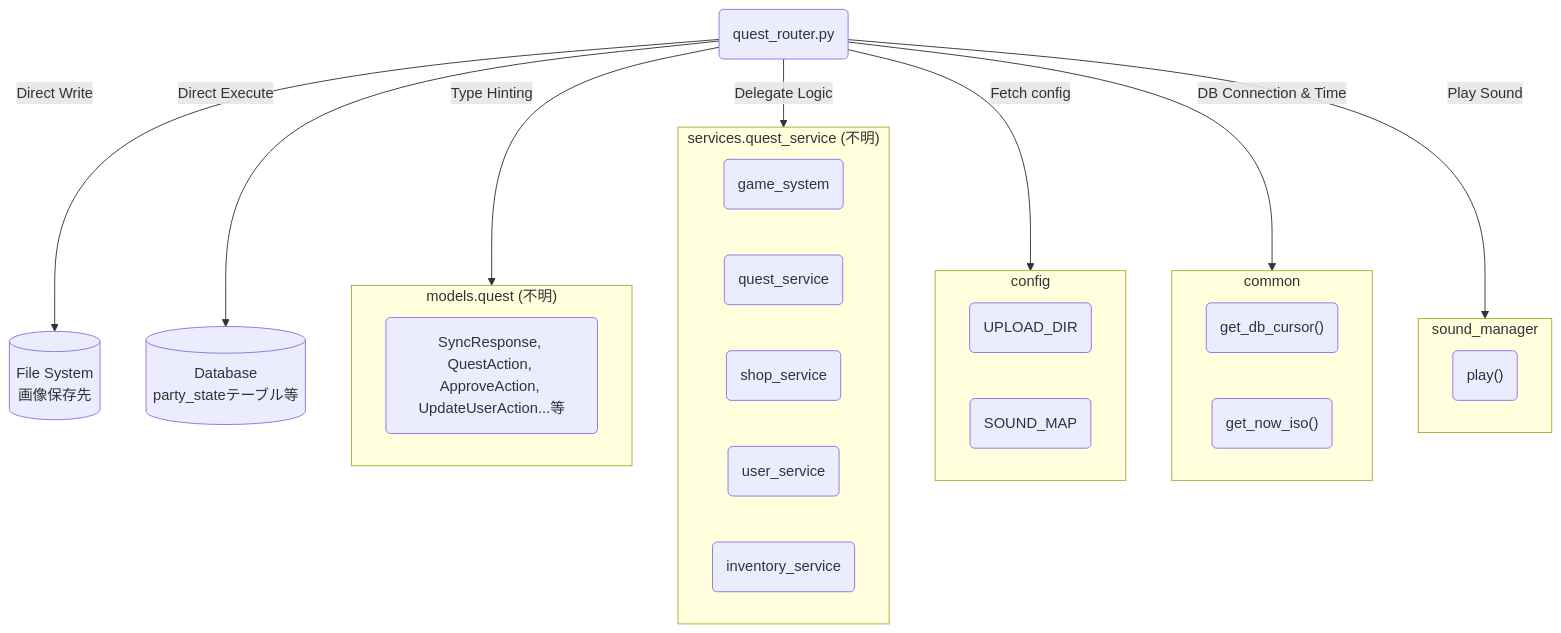
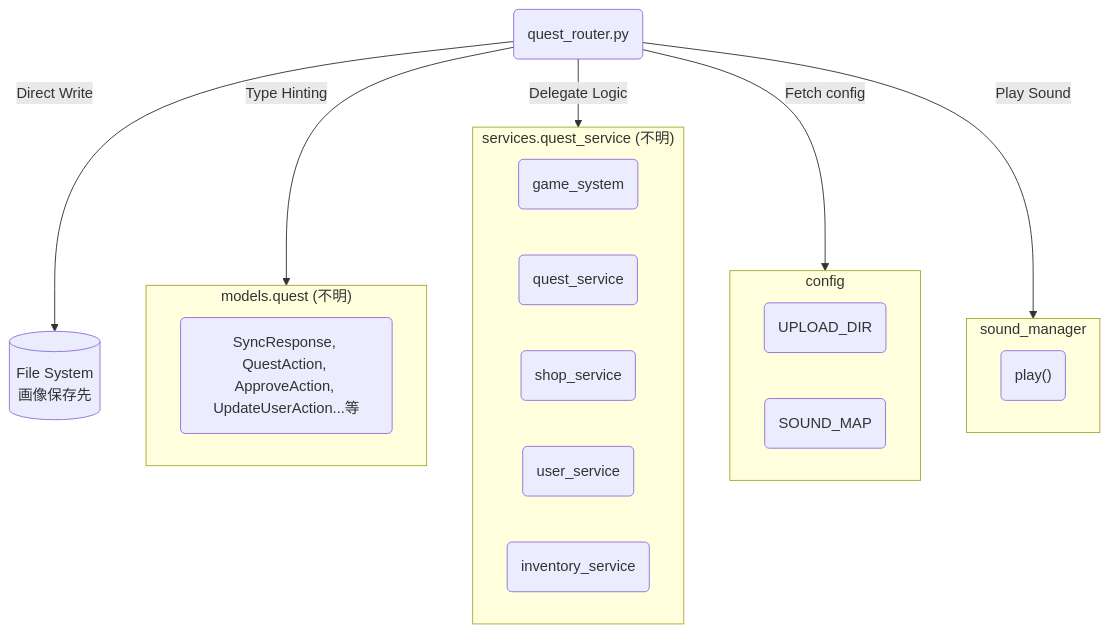
The second of 2 diagrams in docs/specifications/MY_HOME_SYSTEM/quest_router.md (mmtigers/my_python_project), drawn with Mermaid before and after one commit. The commit also changed other lines of this file and 3 other files, not shown here.

````diff
--- a/docs/specifications/MY_HOME_SYSTEM/quest_router.md
+++ b/docs/specifications/MY_HOME_SYSTEM/quest_router.md
@@ -689,50 +523,39 @@
 ```mermaid
 graph TD
     Router("quest_router.py")
 
     %% Models
     subgraph Models ["models.quest (不明)"]
         M1("SyncResponse, QuestAction, <br>ApproveAction, UpdateUserAction...等")
     end
 
     %% Services
     subgraph Services ["services.quest_service (不明)"]
         S1("game_system")
         S2("quest_service")
         S3("shop_service")
         S4("user_service")
         S5("inventory_service")
     end
 
-    %% External Modules
-    subgraph Common ["common"]
-        C1("get_db_cursor()")
-        C2("get_now_iso()")
-    end
-
     subgraph Config ["config"]
         CF1("UPLOAD_DIR")
         CF2("SOUND_MAP")
     end
 
     subgraph Sound ["sound_manager"]
         SM1("play()")
     end
 
-    %% Database
-    DB[("Database<br>party_stateテーブル等")]
-
     %% File System
     FS[("File System<br>画像保存先")]
 
     %% Relations
     Router -->|Type Hinting| Models
     Router -->|Delegate Logic| Services
     Router -->|Fetch config| Config
-    Router -->|DB Connection & Time| Common
     Router -->|Play Sound| Sound
     
     Router -->|Direct Write| FS
-    Router -->|Direct Execute| DB
 
 ```
````
